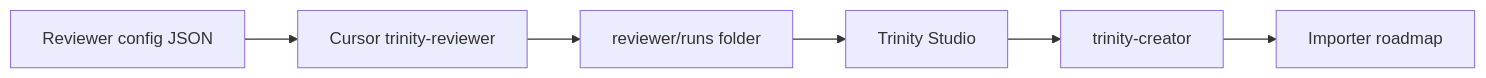
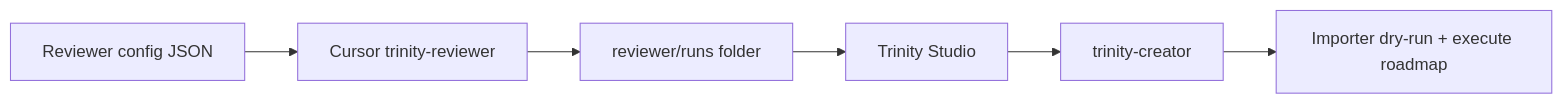
Before and after one commit to marekwyszynskiappfire/docs: the diagram in Trinity/PIPELINE.md, drawn with Mermaid. The commit also changed other lines of this file and 48 other files, not shown here.

````diff
--- a/Trinity/PIPELINE.md
+++ b/Trinity/PIPELINE.md
@@ -5,15 +5,15 @@
 ```mermaid
 flowchart LR
   config[Reviewer config JSON]
   cursor[Cursor trinity-reviewer]
   runs[reviewer/runs folder]
   studio[Trinity Studio]
   creator[trinity-creator]
-  importer[Importer roadmap]
+  importer[Importer dry-run + execute roadmap]
 
   config --> cursor
   cursor --> runs
   runs --> studio
   studio --> creator
   creator --> importer
 ```
````
